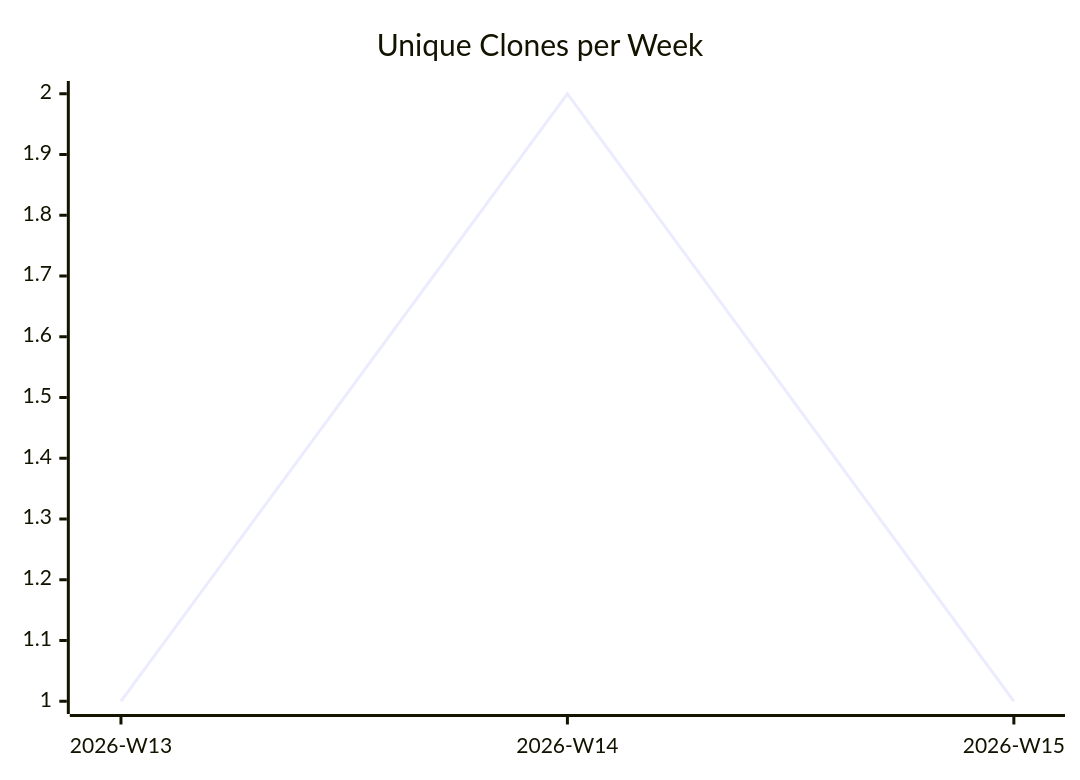
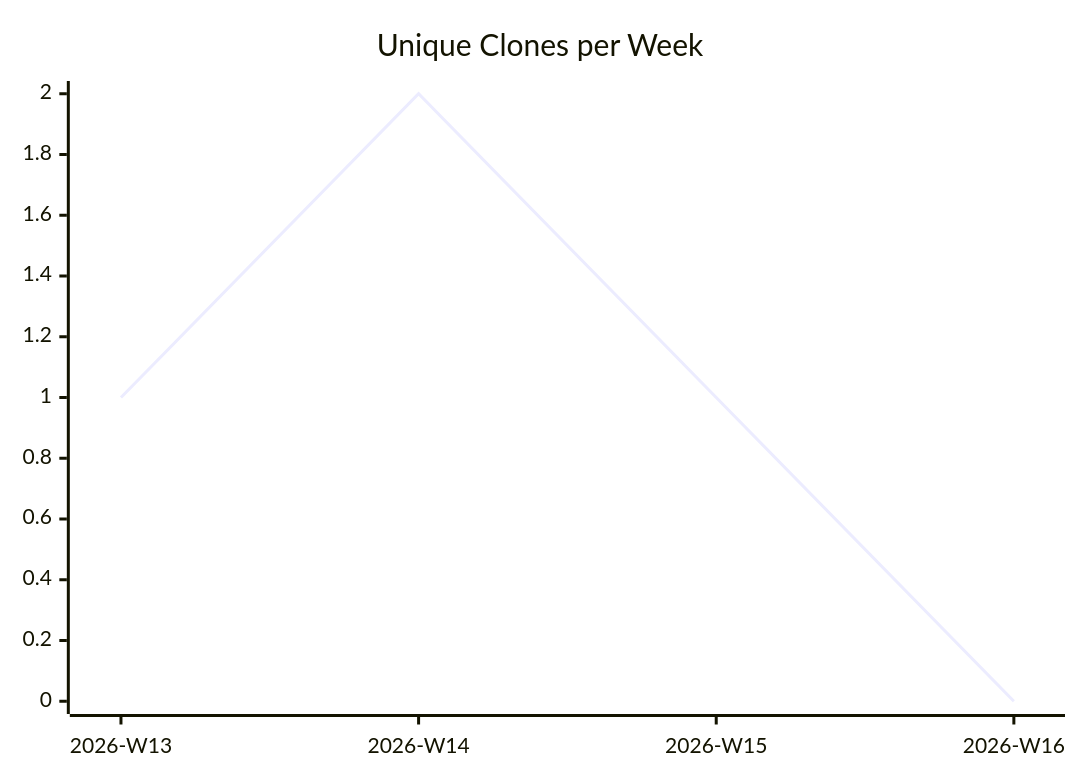
One commit to justdavis-family/github-analytics-data changed the third of 3 diagrams in karlmdavis/ansible-jenkins/README.md. Above: the diagram before and after it, drawn with Mermaid. The commit also changed other lines of this file and 173 other files, not shown here.

````diff
--- a/karlmdavis/ansible-jenkins/README.md
+++ b/karlmdavis/ansible-jenkins/README.md
@@ -19,6 +19,6 @@
 ```mermaid
 xychart-beta
   title "Unique Clones per Week"
-  x-axis ["2026-W13", "2026-W14", "2026-W15"]
-  line [1, 2, 1]
+  x-axis ["2026-W13", "2026-W14", "2026-W15", "2026-W16"]
+  line [1, 2, 1, 0]
 ```
````
